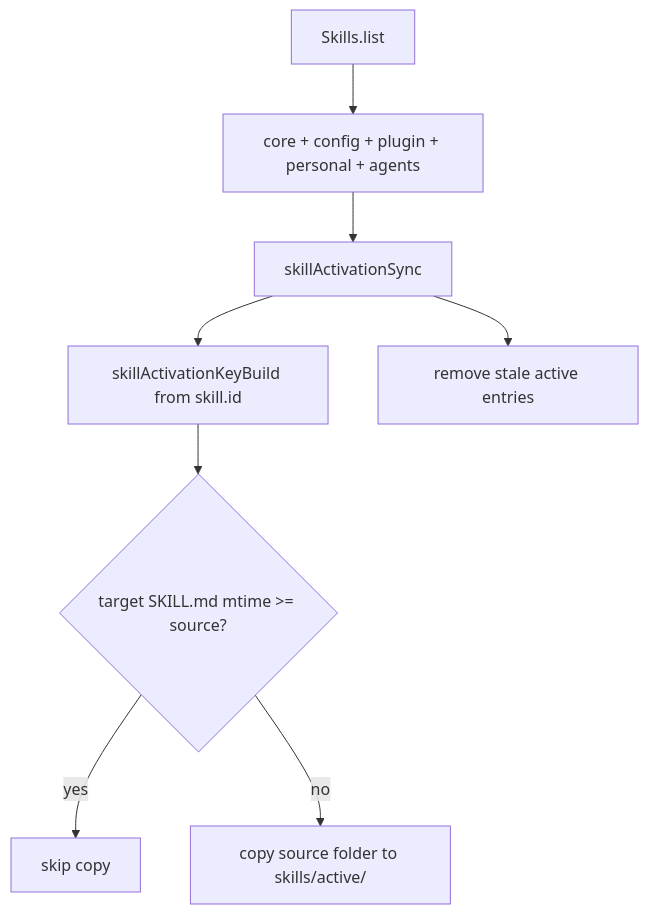
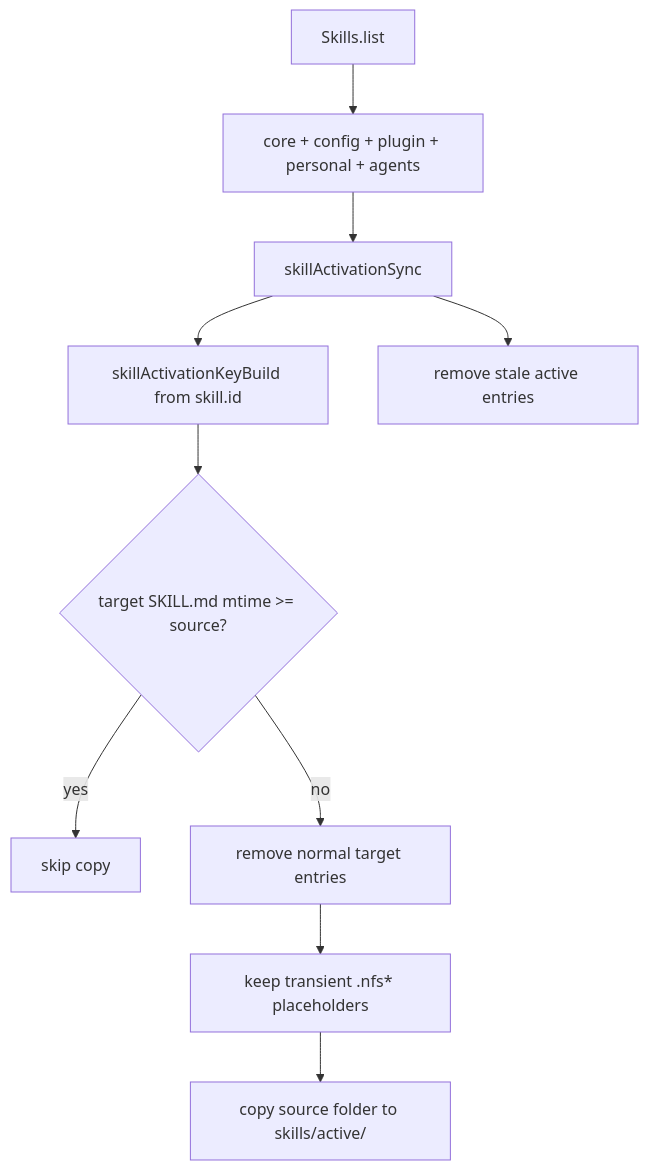
The diagram in packages/daycare/sources/engine/skills/README.md (ex3ndr/daycare), drawn with Mermaid before and after one commit. The commit also changed other lines of this file and 3 other files, not shown here.

Commit message:
fix(skills): tolerate nfs temp files

````diff
--- a/packages/daycare/sources/engine/skills/README.md
+++ b/packages/daycare/sources/engine/skills/README.md
@@ -24,10 +25,12 @@
 ```mermaid
 flowchart TD
     A[Skills.list] --> B[core + config + plugin + personal + agents]
     B --> C[skillActivationSync]
     C --> D[skillActivationKeyBuild from skill.id]
     D --> E{target SKILL.md mtime >= source?}
     E -->|yes| F[skip copy]
-    E -->|no| G[copy source folder to skills/active/<key>]
-    C --> H[remove stale active entries]
+    E -->|no| G[remove normal target entries]
+    G --> H[keep transient .nfs* placeholders]
+    H --> I[copy source folder to skills/active/<key>]
+    C --> J[remove stale active entries]
 ```
````
